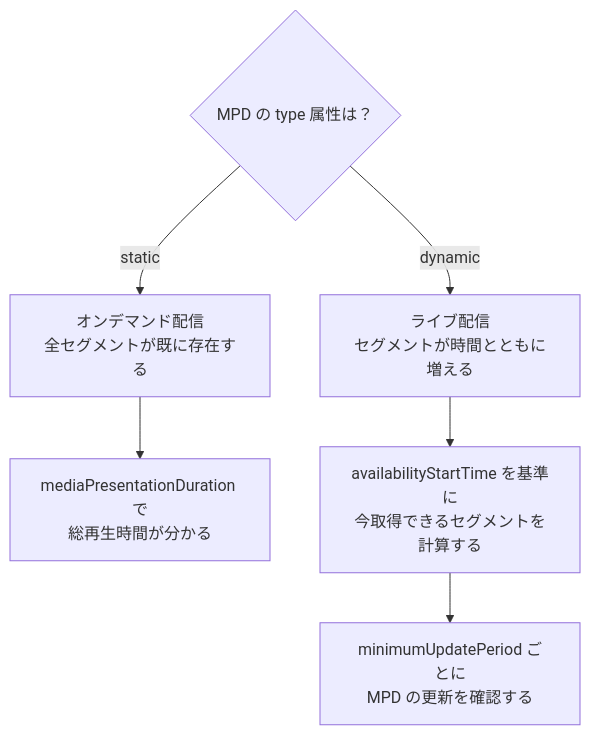
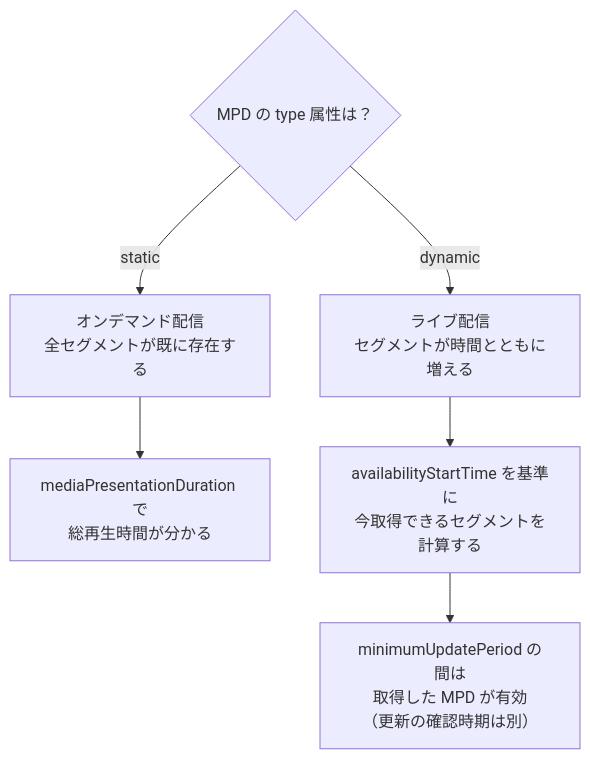
The third of 6 diagrams in Iso-23009-1-2026-guide.md (myoshi2891/Quality-Assurance-Studies), drawn with Mermaid before and after one commit. The commit also changed other lines of this file, not shown here.

Commit message:
docs(iso-23009-1): minimumUpdatePeriodの有効期間に関する解説とMermaid図を正確化

````diff
--- a/Iso-23009-1-2026-guide.md
+++ b/Iso-23009-1-2026-guide.md
@@ -252,9 +252,9 @@
 ```mermaid
 flowchart TB
     dQ{"MPD の type 属性は？"}
     dQ -->|"static"| dS["オンデマンド配信<br/>全セグメントが既に存在する"]
     dQ -->|"dynamic"| dD["ライブ配信<br/>セグメントが時間とともに増える"]
     dS --> dS2["mediaPresentationDuration で<br/>総再生時間が分かる"]
     dD --> dD2["availabilityStartTime を基準に<br/>今取得できるセグメントを計算する"]
-    dD2 --> dD3["minimumUpdatePeriod ごとに<br/>MPD の更新を確認する"]
+    dD2 --> dD3["minimumUpdatePeriod の間は<br/>取得した MPD が有効<br/>（更新の確認時期は別）"]
 ```
````
